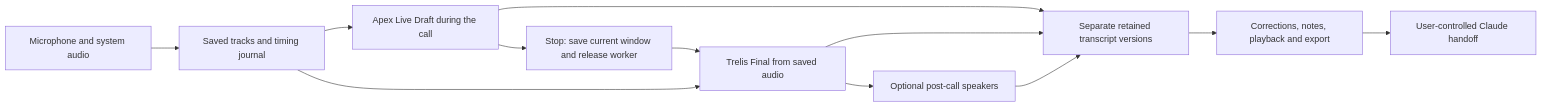
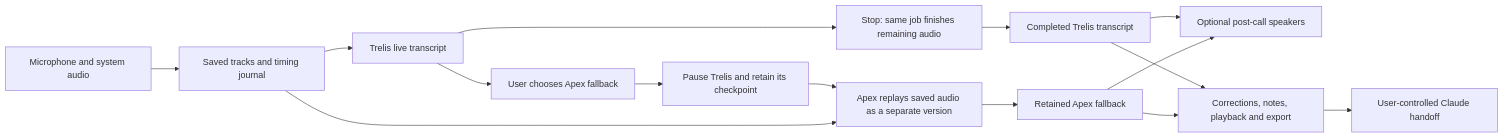
The diagram in docs/HOW_IT_WORKS.md (Ripplescale/Hinglish-Transcription-Platform), drawn with Mermaid before and after one commit. The commit also changed other lines of this file and 39 other files, not shown here.

First line of the commit message:
Use accelerated Trelis live transcription with explicit Apex fallback

````diff
--- a/docs/HOW_IT_WORKS.md
+++ b/docs/HOW_IT_WORKS.md
@@ -15,14 +15,17 @@
 ```mermaid
 flowchart LR
     A[Microphone and system audio] --> B[Saved tracks and timing journal]
-    B --> C[Apex Live Draft during the call]
-    C --> H[Stop: save current window and release worker]
-    H --> D[Trelis Final from saved audio]
-    B --> D
-    C --> E[Separate retained transcript versions]
-    D --> E
-    D --> S[Optional post-call speakers]
-    S --> E
+    B --> C[Trelis live transcript]
+    C --> D[Stop: same job finishes remaining audio]
+    D --> E[Completed Trelis transcript]
+    C --> H[User chooses Apex fallback]
+    H --> I[Pause Trelis and retain its checkpoint]
+    I --> J[Apex replays saved audio as a separate version]
+    B --> J
+    J --> E2[Retained Apex fallback]
+    E --> S[Optional post-call speakers]
+    E2 --> S
     E --> F[Corrections, notes, playback and export]
+    E2 --> F
     F --> G[User-controlled Claude handoff]
 ```
````
